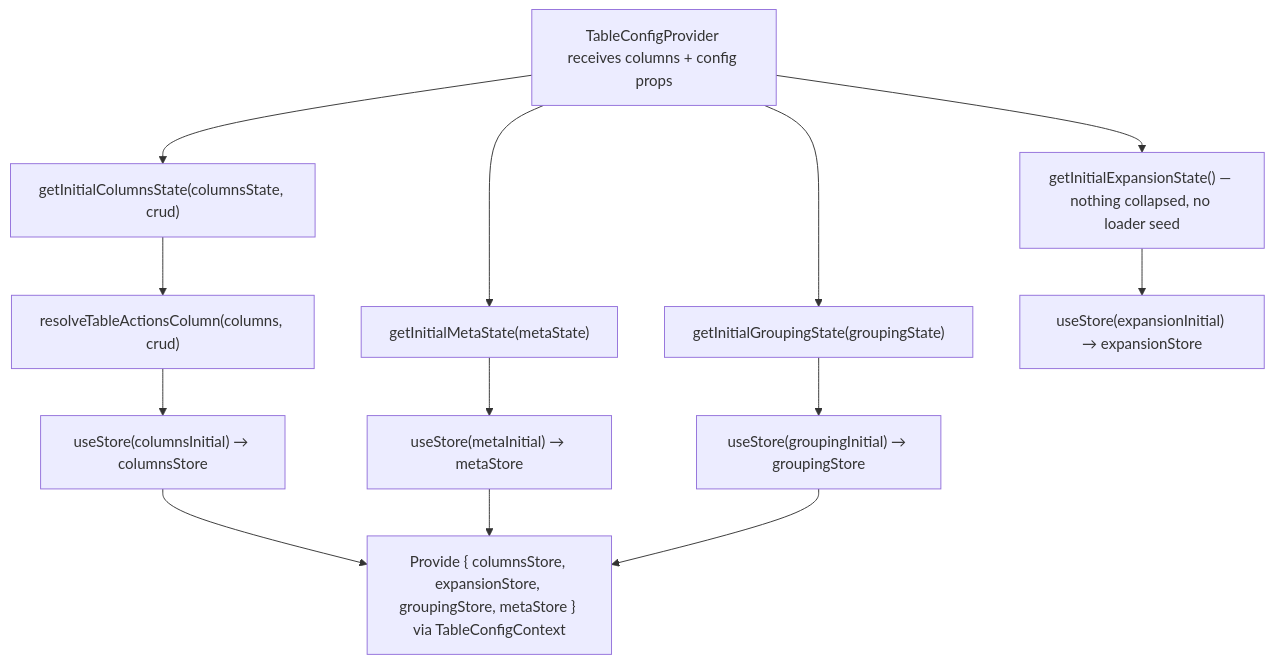
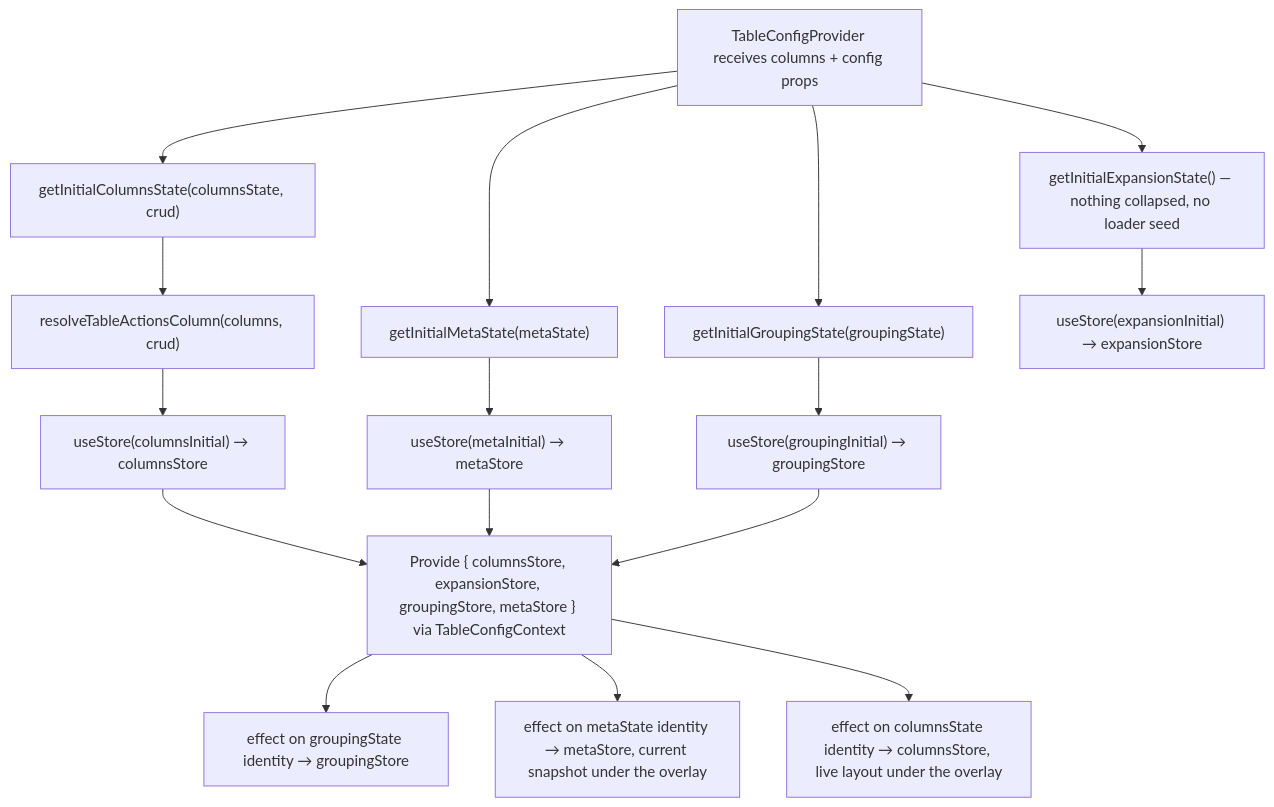
Before and after one commit to luciocabrera/lcabrera-stack: the second of 3 diagrams in packages/ui/src/components/Table/contexts/TableConfig/ARCHITECTURE.md, drawn with Mermaid. The commit also changed other lines of this file and 25 other files, not shown here.

````diff
--- a/packages/ui/src/components/Table/contexts/TableConfig/ARCHITECTURE.md
+++ b/packages/ui/src/components/Table/contexts/TableConfig/ARCHITECTURE.md
@@ -260,16 +260,19 @@
 ```mermaid
 graph TD
   A["TableConfigProvider receives columns + config props"]
   A --> B["getInitialColumnsState(columnsState, crud)"]
   A --> C["getInitialMetaState(metaState)"]
   A --> G["getInitialGroupingState(groupingState)"]
   A --> GE["getInitialExpansionState() — nothing collapsed, no loader seed"]
   B --> B1["resolveTableActionsColumn(columns, crud)"]
   B1 --> D["useStore(columnsInitial) → columnsStore"]
   C --> E["useStore(metaInitial) → metaStore"]
   G --> H["useStore(groupingInitial) → groupingStore"]
   GE --> HE["useStore(expansionInitial) → expansionStore"]
   D --> F["Provide { columnsStore, expansionStore, groupingStore, metaStore } via TableConfigContext"]
   E --> F
   H --> F
+  F --> Gfx["effect on groupingState identity → groupingStore"]
+  F --> Mfx["effect on metaState identity → metaStore, current snapshot under the overlay"]
+  F --> Cfx["effect on columnsState identity → columnsStore, live layout under the overlay"]
 ```
````
